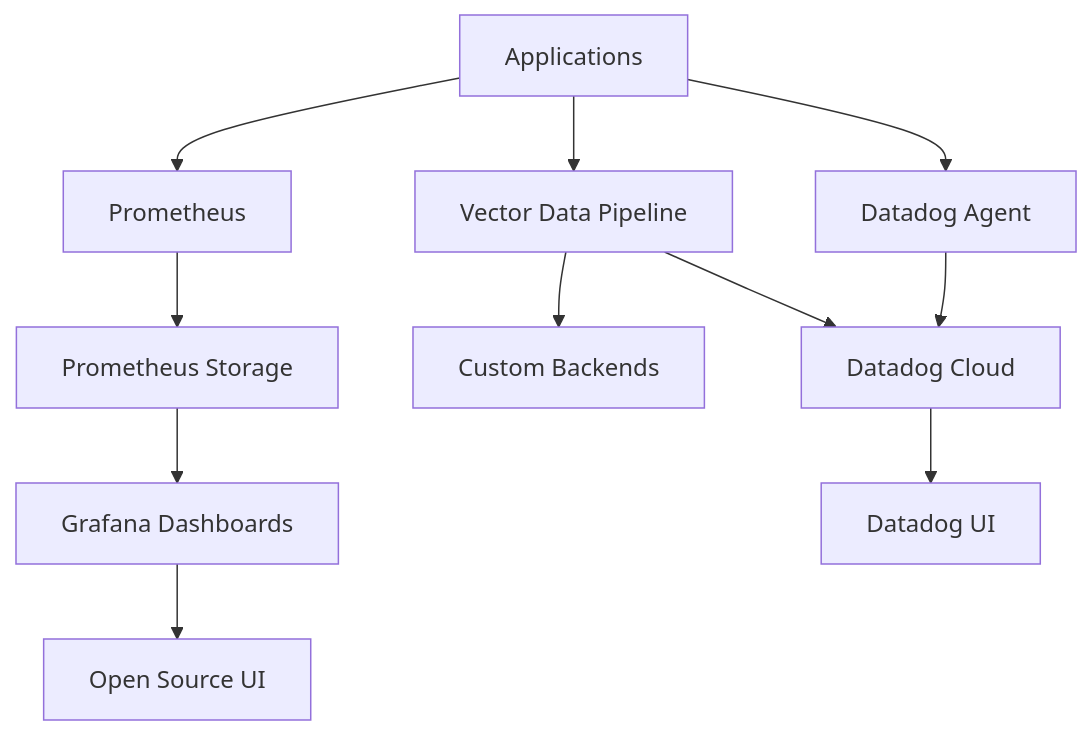
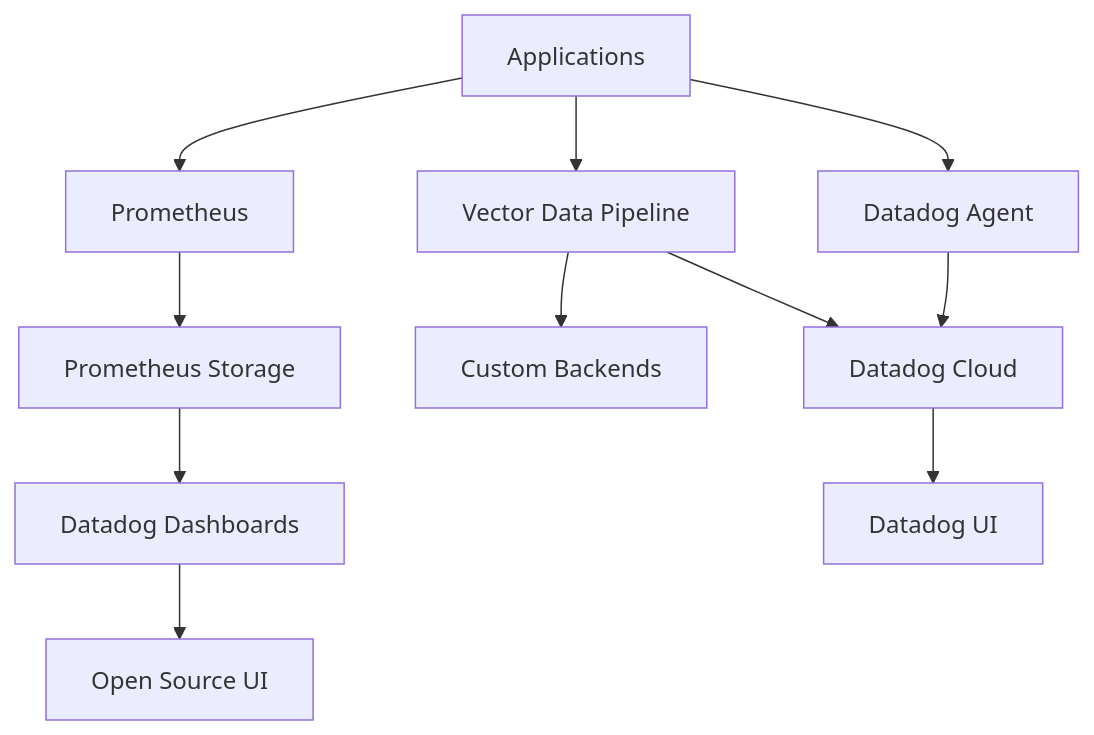
The diagram in docs/archive/consolidated-wiki/monitoring/overview.md (ryanmaclean/vibecode-webgui), drawn with Mermaid before and after one commit. The commit also changed other lines of this file and 98 other files, not shown here.

````diff
--- a/docs/archive/consolidated-wiki/monitoring/overview.md
+++ b/docs/archive/consolidated-wiki/monitoring/overview.md
@@ -12,15 +12,15 @@
 ```mermaid
 graph TD
     A[Applications] --> B[Vector Data Pipeline]
     A --> C[Datadog Agent]
     A --> D[Prometheus]
     
     B --> E[Datadog Cloud]
     B --> F[Custom Backends]
     C --> E
     D --> G[Prometheus Storage]
-    G --> H[Grafana Dashboards]
+    G --> H[Datadog Dashboards]
     
     E --> I[Datadog UI]
     H --> J[Open Source UI]
 ```
````
